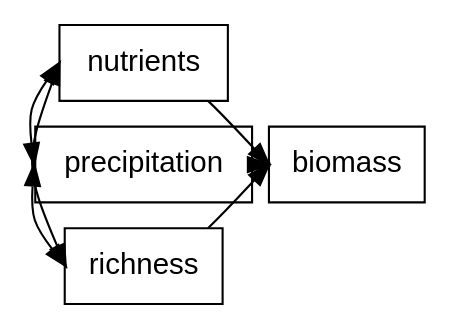
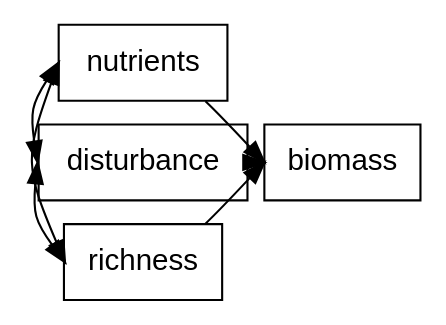
Before and after one commit to pennekampster/Swiss_SEM: the fifth of 26 diagrams in 5_Slides/Intro_to_SEM_part1.qmd, drawn with Graphviz. The commit also changed other lines of this file and 5 other files, not shown here.

````diff
--- a/5_Slides/Intro_to_SEM_part1.qmd
+++ b/5_Slides/Intro_to_SEM_part1.qmd
@@ -464,30 +444,30 @@
 ```{dot}
 //| fig-width: 4
 //| fig-height: 4
 
 digraph  {
 
   # a 'graph' statement
   graph [overlap = false, fontsize = 15, layout = neato, rankdir = LR, splines = curved]
 
   # 'node' statements
   node [shape = box,
         fontname = Helvetica]
         
   X1 [pos = "0,-1!", label = nutrients]
-  X2 [pos = "0,-2!",label = precipitation]
+  X2 [pos = "0,-2!",label = disturbance]
   X3 [pos = "0,-3!",label = richness]
   Y  [pos = "2,-2!",label = biomass]
 
   # 'edge' statements
   X1 -> Y:w 
   X2 -> Y:w
   X3 -> Y:w
   
   X1:w -> X2:w [constraint=false, dir=both]
   X2:w -> X3:w [dir=both]
   X1:w -> X3:w [dir=both]
   
 }
 
 ```
````
